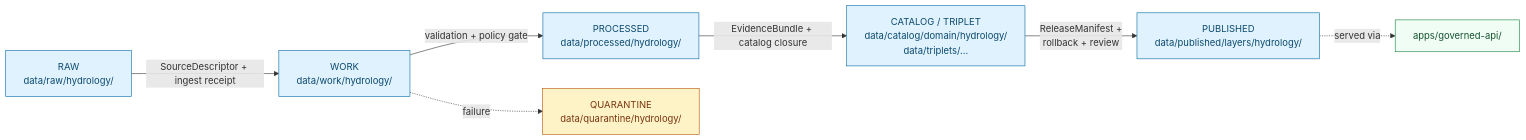
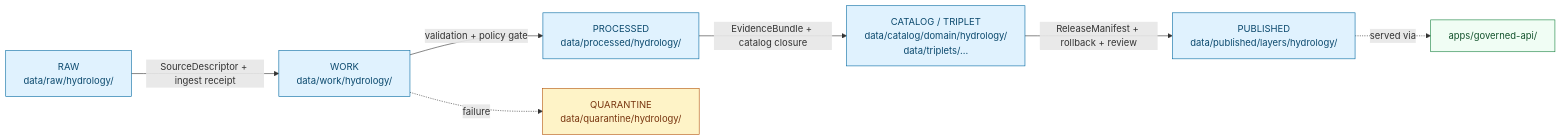
The second of 2 diagrams in docs/domains/hydrology/CANONICAL_PATHS.md (bartytime4life/Kansas-Frontier-Matrix), drawn with Mermaid before and after one commit. The commit also changed other lines of this file, not shown here.

````diff
--- a/docs/domains/hydrology/CANONICAL_PATHS.md
+++ b/docs/domains/hydrology/CANONICAL_PATHS.md
@@ -407,17 +429,17 @@
 ```mermaid
 flowchart LR
-  A["RAW\ndata/raw/hydrology/"] -->|"SourceDescriptor + ingest receipt"| B
-  B["WORK\ndata/work/hydrology/"]
-  B -->|"validation + policy gate"| C["PROCESSED\ndata/processed/hydrology/"]
-  B -.failure.-> Q["QUARANTINE\ndata/quarantine/hydrology/"]
-  C -->|"EvidenceBundle + catalog closure"| D["CATALOG / TRIPLET\ndata/catalog/domain/hydrology/\ndata/triplets/..."]
-  D -->|"ReleaseManifest +\nrollback + review"| E["PUBLISHED\ndata/published/layers/hydrology/"]
+  A["RAW<br/>data/raw/hydrology/"] -->|"SourceDescriptor + ingest receipt"| B
+  B["WORK<br/>data/work/hydrology/"]
+  B -->|"validation + policy gate"| C["PROCESSED<br/>data/processed/hydrology/"]
+  B -.failure.-> Q["QUARANTINE<br/>data/quarantine/hydrology/"]
+  C -->|"EvidenceBundle + catalog closure"| D["CATALOG / TRIPLET<br/>data/catalog/domain/hydrology/<br/>data/triplets/..."]
+  D -->|"ReleaseManifest + rollback + review"| E["PUBLISHED<br/>data/published/layers/hydrology/"]
   E -. served via .-> G["apps/governed-api/"]
 
   classDef phase fill:#e0f2fe,stroke:#0369a1,color:#0c4a6e;
   classDef quar fill:#fef3c7,stroke:#b45309,color:#78350f;
   classDef edge fill:#f0fdf4,stroke:#15803d,color:#14532d;
   class A,B,C,D,E phase;
   class Q quar;
   class G edge;
 ```
````
